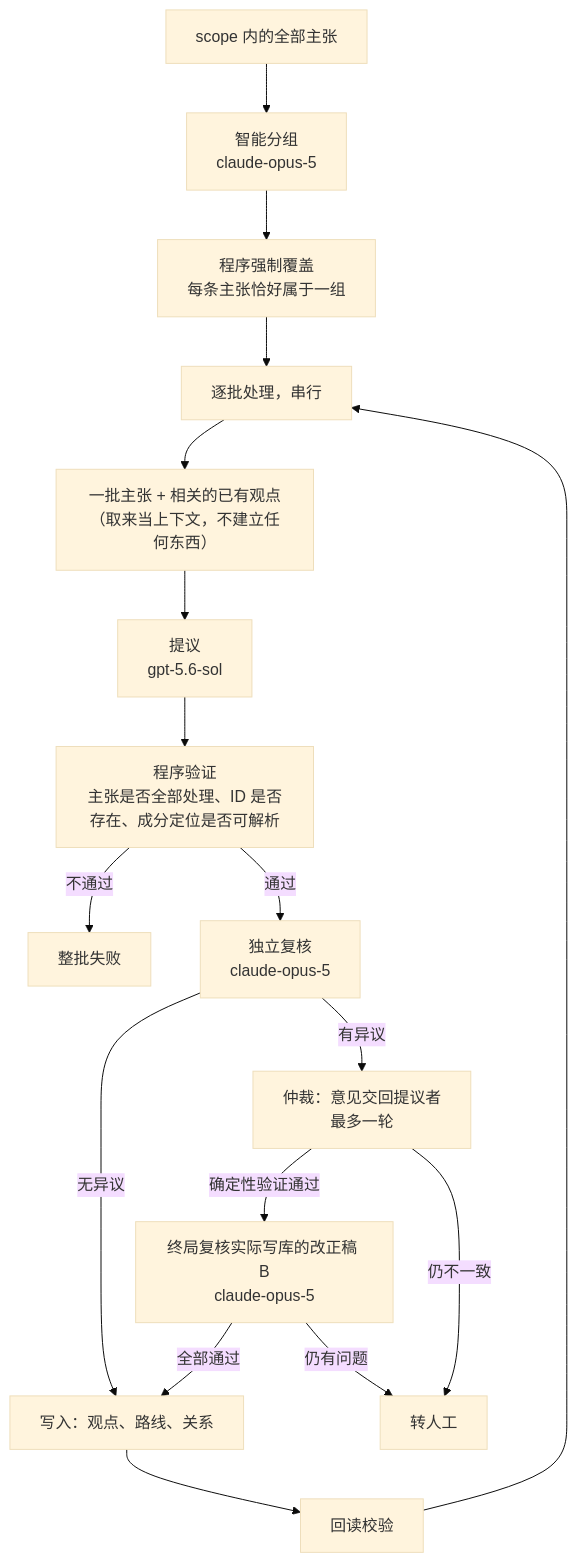
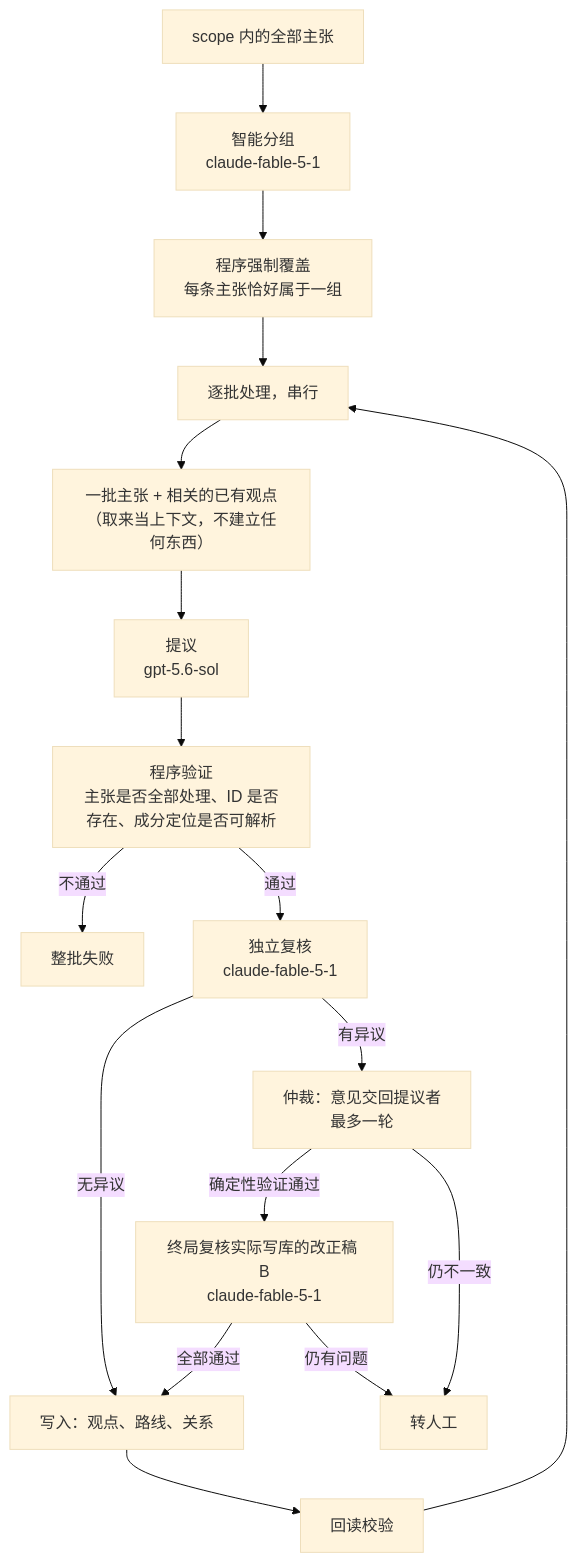
The second of 4 diagrams in docs/wang-knowledge-platform/20-knowledge/canonical_viewpoint_design.md (junyang168/smart-answer), drawn with Mermaid (base theme) before and after one commit. The commit also changed other lines of this file and 12 other files, not shown here.

````diff
--- a/docs/wang-knowledge-platform/20-knowledge/canonical_viewpoint_design.md
+++ b/docs/wang-knowledge-platform/20-knowledge/canonical_viewpoint_design.md
@@ -119,19 +119,19 @@
 ```mermaid
 flowchart TD
-    SC["scope 内的全部主张"] --> G["智能分组<br/>claude-opus-5"]
+    SC["scope 内的全部主张"] --> G["智能分组<br/>claude-fable-5-1"]
     G --> RP["程序强制覆盖<br/>每条主张恰好属于一组"]
     RP --> B["逐批处理，串行"]
     B --> S["一批主张 + 相关的已有观点<br/>（取来当上下文，不建立任何东西）"]
     S --> P["提议<br/>gpt-5.6-sol"]
     P --> V["程序验证<br/>主张是否全部处理、ID 是否存在、成分定位是否可解析"]
     V -->|"不通过"| F["整批失败"]
-    V -->|"通过"| R["独立复核<br/>claude-opus-5"]
+    V -->|"通过"| R["独立复核<br/>claude-fable-5-1"]
     R -->|"无异议"| W["写入：观点、路线、关系"]
     R -->|"有异议"| C["仲裁：意见交回提议者<br/>最多一轮"]
-    C -->|"确定性验证通过"| FR["终局复核实际写库的改正稿 B<br/>claude-opus-5"]
+    C -->|"确定性验证通过"| FR["终局复核实际写库的改正稿 B<br/>claude-fable-5-1"]
     C -->|"仍不一致"| H["转人工"]
     FR -->|"全部通过"| W
     FR -->|"仍有问题"| H
     W --> RB["回读校验"]
     RB --> B
 ```
````
